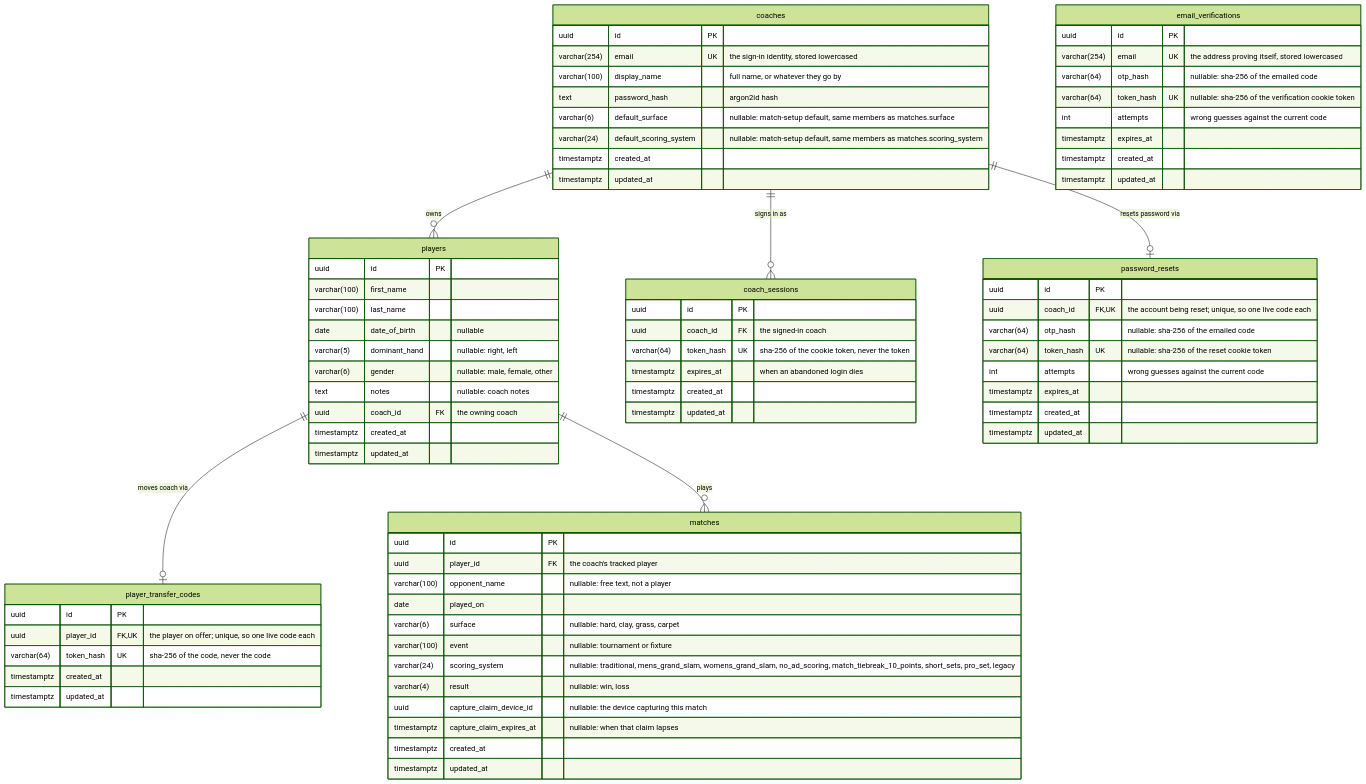
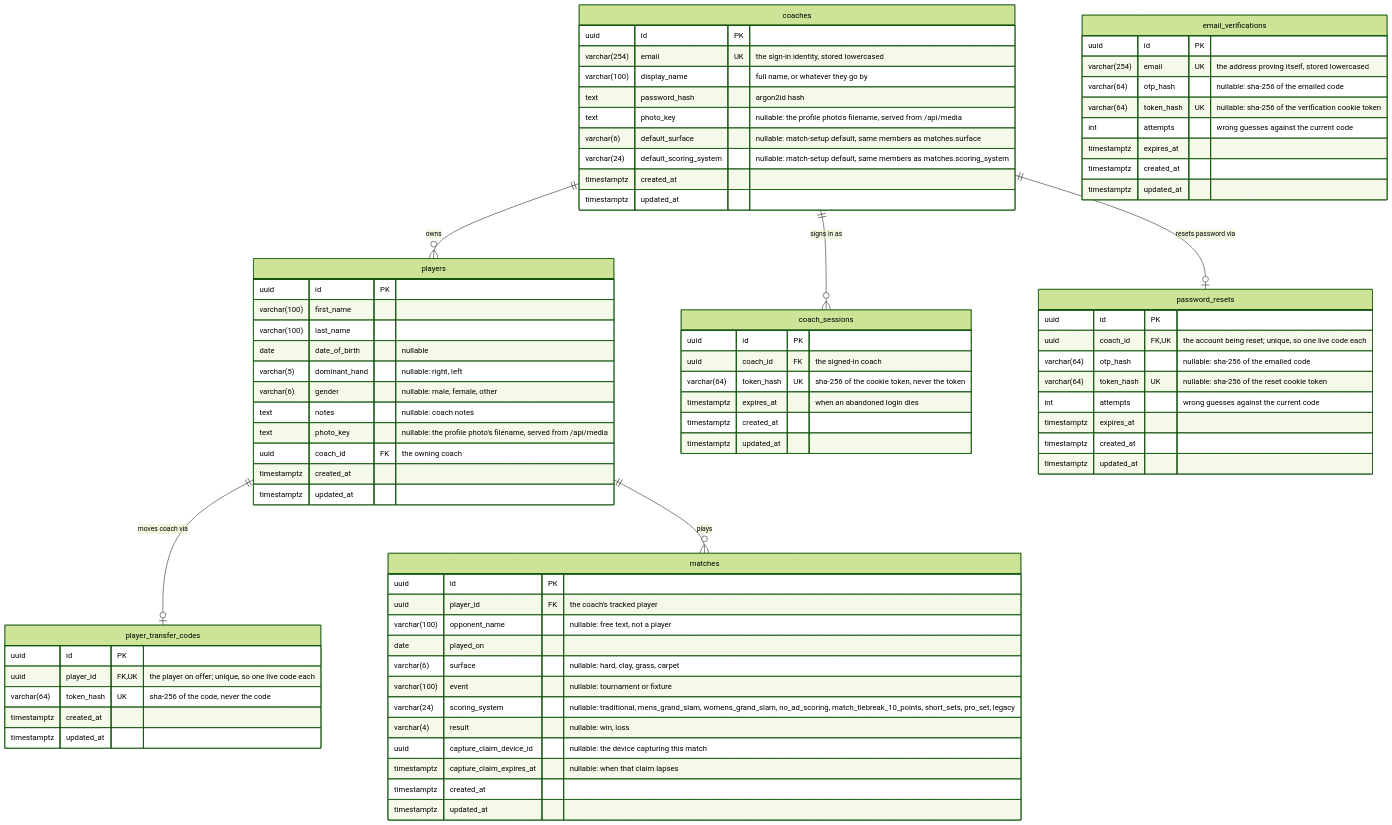
One commit to tkabalin/matchpoint changed the diagram in docs/data-model.md. Above: the diagram before and after it, drawn with Mermaid (forest theme). The commit also changed other lines of this file and 20 other files, not shown here.

First line of the commit message:
feat(api): add photo_key to coaches and players

```diff
--- a/docs/data-model.md
+++ b/docs/data-model.md
@@ -22,6 +22,7 @@
         varchar(254) email UK "the sign-in identity, stored lowercased"
         varchar(100) display_name "full name, or whatever they go by"
         text password_hash "argon2id hash"
+        text photo_key "nullable: the profile photo's filename, served from /api/media"
         varchar(6) default_surface "nullable: match-setup default, same members as matches.surface"
         varchar(24) default_scoring_system "nullable: match-setup default, same members as matches.scoring_system"
         timestamptz created_at
@@ -67,6 +68,7 @@
         varchar(5) dominant_hand "nullable: right, left"
         varchar(6) gender "nullable: male, female, other"
         text notes "nullable: coach notes"
+        text photo_key "nullable: the profile photo's filename, served from /api/media"
         uuid coach_id FK "the owning coach"
         timestamptz created_at
         timestamptz updated_at
```
